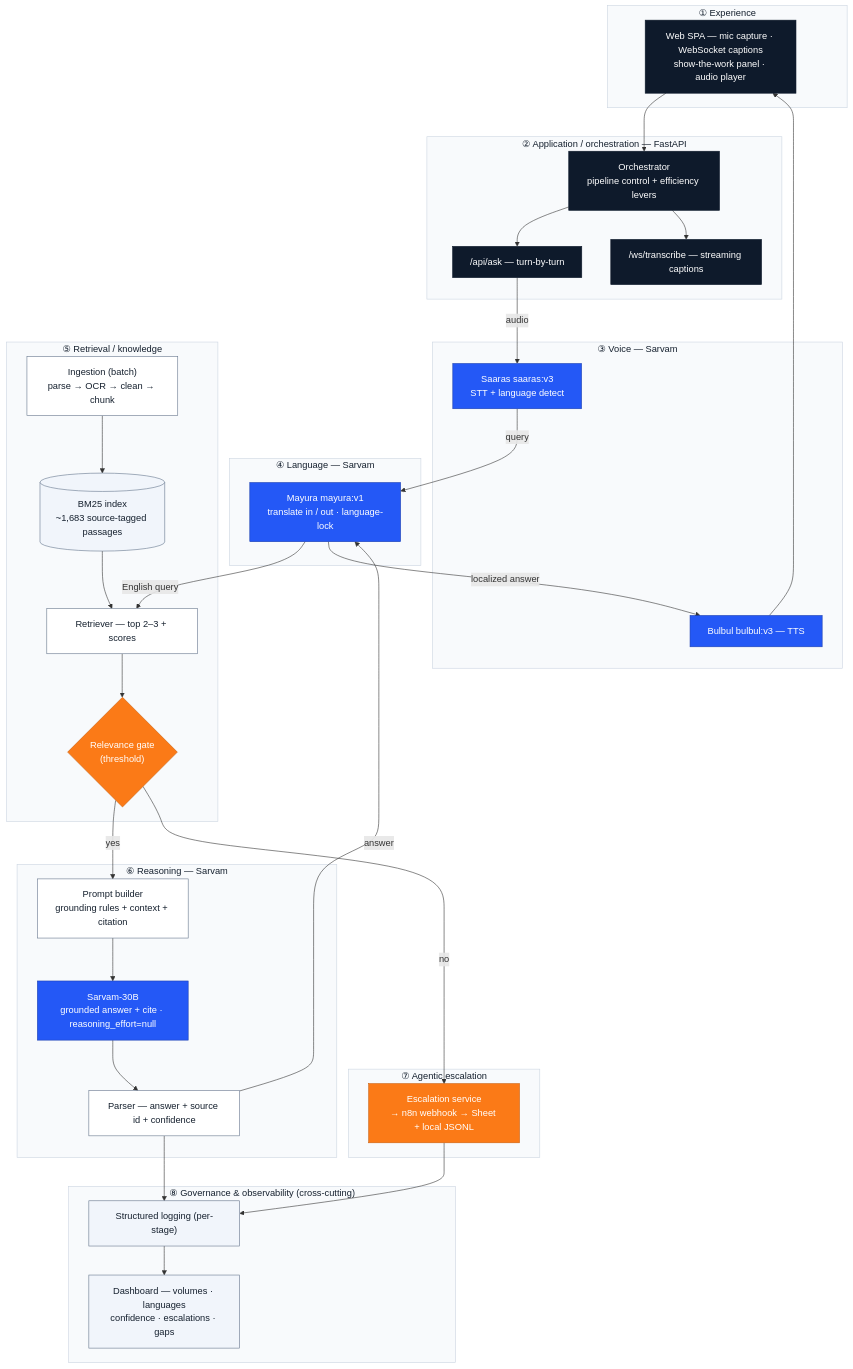
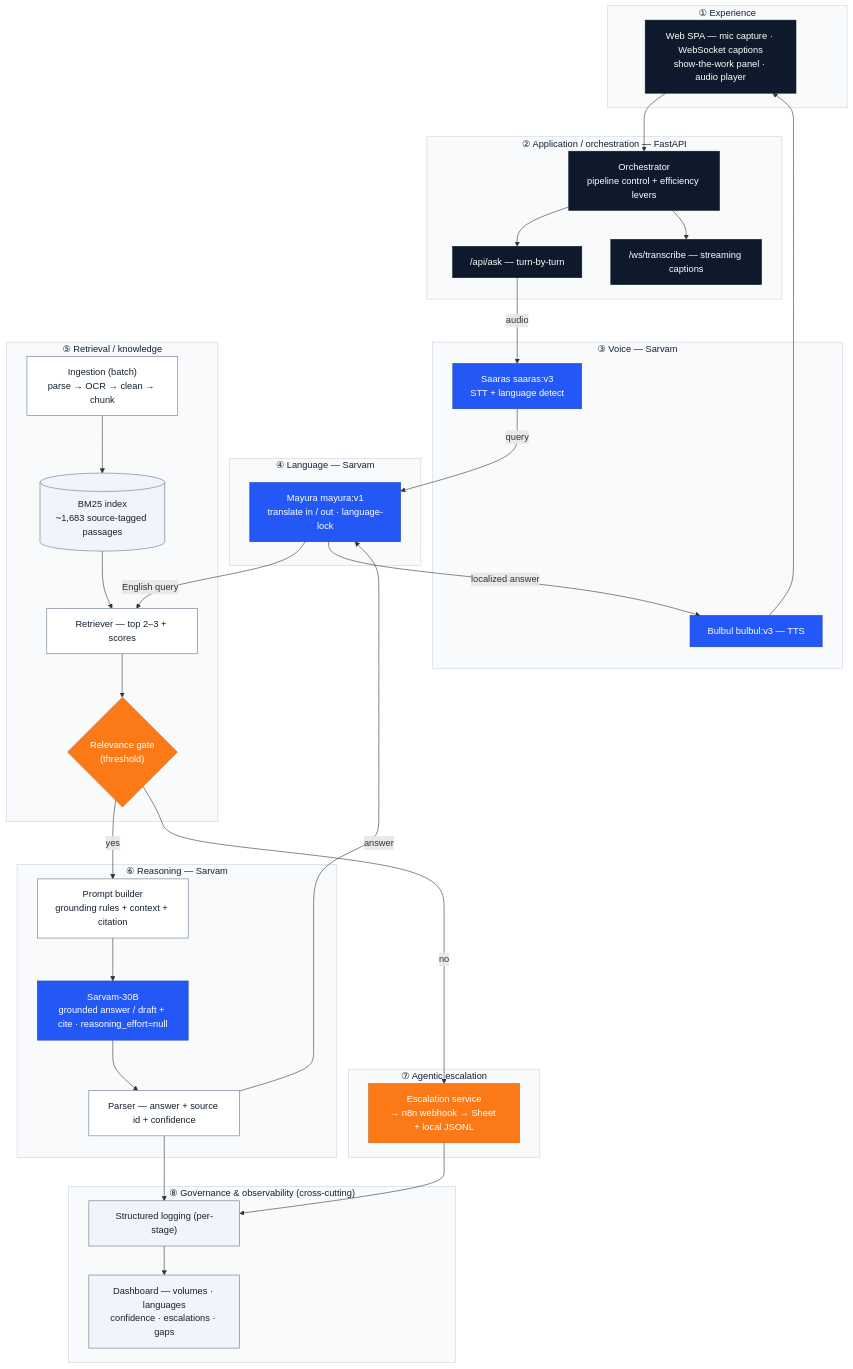
The second of 6 diagrams in docs/architecture.md (vihb09/pnb-sahayak), drawn with Mermaid before and after one commit. The commit also changed other lines of this file and 5 other files, not shown here.

Commit message:
Add Draft mode (RFP #7 requirement 4): assistant drafts emails/notes/replies grounded in policy with source citation; Answer/Draft toggle, Copy + email-the-draft (plain mode); docs + diagram updated

````diff
--- a/docs/architecture.md
+++ b/docs/architecture.md
@@ -54,66 +54,66 @@
 ```mermaid
 flowchart TB
     subgraph L1["① Experience"]
         SPA["Web SPA — mic capture · WebSocket captions<br/>show-the-work panel · audio player"]:::app
     end
     subgraph L2["② Application / orchestration — FastAPI"]
         ORCH["Orchestrator<br/>pipeline control + efficiency levers"]:::app
         ASK["/api/ask — turn-by-turn"]:::app
         WS["/ws/transcribe — streaming captions"]:::app
     end
     subgraph L3["③ Voice — Sarvam"]
         STT["Saaras saaras:v3<br/>STT + language detect"]:::sarvam
         TTS["Bulbul bulbul:v3 — TTS"]:::sarvam
     end
     subgraph L4["④ Language — Sarvam"]
         TRN["Mayura mayura:v1<br/>translate in / out · language-lock"]:::sarvam
     end
     subgraph L5["⑤ Retrieval / knowledge"]
         ING["Ingestion (batch)<br/>parse → OCR → clean → chunk"]:::neutral
         IDX[("BM25 index<br/>~1,683 source-tagged passages")]:::store
         RET["Retriever — top 2–3 + scores"]:::neutral
         GATE{"Relevance gate<br/>(threshold)"}:::decision
     end
     subgraph L6["⑥ Reasoning — Sarvam"]
         PB["Prompt builder<br/>grounding rules + context + citation"]:::neutral
-        LLM["Sarvam-30B<br/>grounded answer + cite · reasoning_effort=null"]:::sarvam
+        LLM["Sarvam-30B<br/>grounded answer / draft + cite · reasoning_effort=null"]:::sarvam
         PARSE["Parser — answer + source id + confidence"]:::neutral
     end
     subgraph L7["⑦ Agentic escalation"]
         ESC["Escalation service<br/>→ n8n webhook → Sheet + local JSONL"]:::escalate
     end
     subgraph L8["⑧ Governance & observability (cross-cutting)"]
         LOG["Structured logging (per-stage)"]:::store
         DASH["Dashboard — volumes · languages<br/>confidence · escalations · gaps"]:::store
     end
 
     SPA --> ORCH
     ORCH --> ASK
     ORCH --> WS
     ASK -->|audio| STT
     STT -->|"query"| TRN
     TRN -->|"English query"| RET
     ING --> IDX --> RET --> GATE
     GATE -->|yes| PB --> LLM --> PARSE
     PARSE -->|"answer"| TRN
     TRN -->|"localized answer"| TTS --> SPA
     GATE -->|no| ESC
     PARSE --> LOG
     ESC --> LOG
     LOG --> DASH
 
     classDef app fill:#0E1A2B,stroke:#0E1A2B,color:#ffffff;
     classDef sarvam fill:#2458F6,stroke:#1B3FB0,color:#ffffff;
     classDef decision fill:#FB7A17,stroke:#C85F0E,color:#ffffff;
     classDef escalate fill:#FB7A17,stroke:#C85F0E,color:#ffffff;
     classDef neutral fill:#FFFFFF,stroke:#64748B,color:#15202E;
     classDef store fill:#F1F5FB,stroke:#64748B,color:#15202E;
     style L1 fill:#F8FAFC,stroke:#CBD5E1,color:#15202E
     style L2 fill:#F8FAFC,stroke:#CBD5E1,color:#15202E
     style L3 fill:#F8FAFC,stroke:#CBD5E1,color:#15202E
     style L4 fill:#F8FAFC,stroke:#CBD5E1,color:#15202E
     style L5 fill:#F8FAFC,stroke:#CBD5E1,color:#15202E
     style L6 fill:#F8FAFC,stroke:#CBD5E1,color:#15202E
     style L7 fill:#F8FAFC,stroke:#CBD5E1,color:#15202E
     style L8 fill:#F8FAFC,stroke:#CBD5E1,color:#15202E
 ```
````
